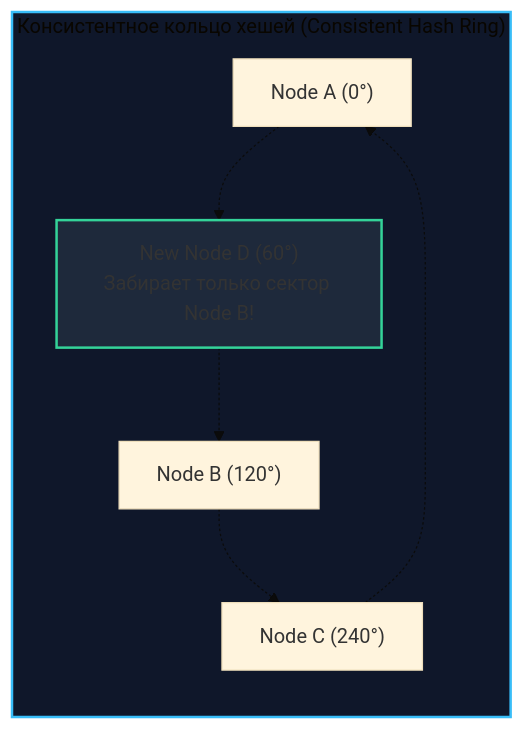
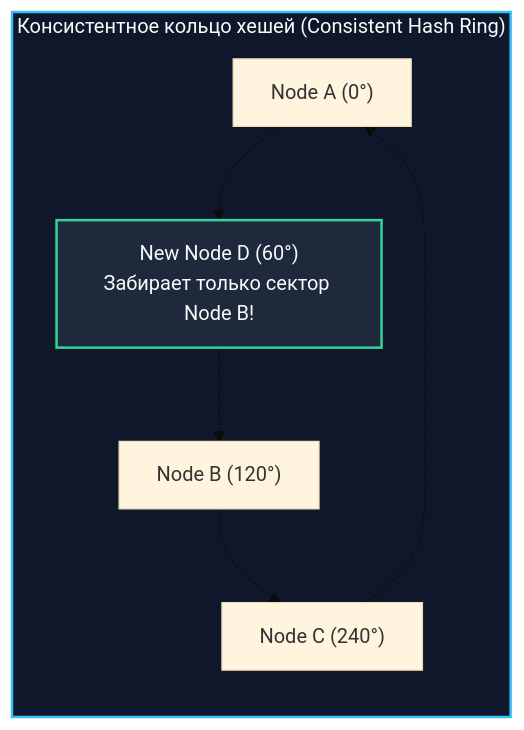
One commit to UnrealTemplier/go-textbook changed the second of 2 diagrams in sources/12. Базы данных/08. Распределенные базы данных/4. Sharding.md. Above: the diagram before and after it, drawn with Mermaid (base theme). The commit also changed other lines of this file and 310 other files, not shown here.

First line of the commit message:
fix(mermaid): replace light fill colors with dark palette for readability on dark theme

````diff
--- a/sources/12. Базы данных/08. Распределенные базы данных/4. Sharding.md
+++ b/sources/12. Базы данных/08. Распределенные базы данных/4. Sharding.md
@@ -79,17 +79,17 @@
 ```mermaid
 flowchart LR
     subgraph HashRing ["Консистентное кольцо хешей (Consistent Hash Ring)"]
         N1["Node A (0°)"]
         N2["Node B (120°)"]
         N3["Node C (240°)"]
         NewNode["New Node D (60°)<br>Забирает только сектор Node B!"]
         
         N1 -.-> NewNode
         NewNode -.-> N2
         N2 -.-> N3
         N3 -.-> N1
     end
 
-    style HashRing fill:#0f172a,stroke:#38bdf8,stroke-width:2px
-    style NewNode fill:#1e293b,stroke:#34d399,stroke-width:2px
+    style HashRing fill:#0f172a,stroke:#38bdf8,stroke-width:2px,color:#f8fafc
+    style NewNode fill:#1e293b,stroke:#34d399,stroke-width:2px,color:#f8fafc
 ```
````
